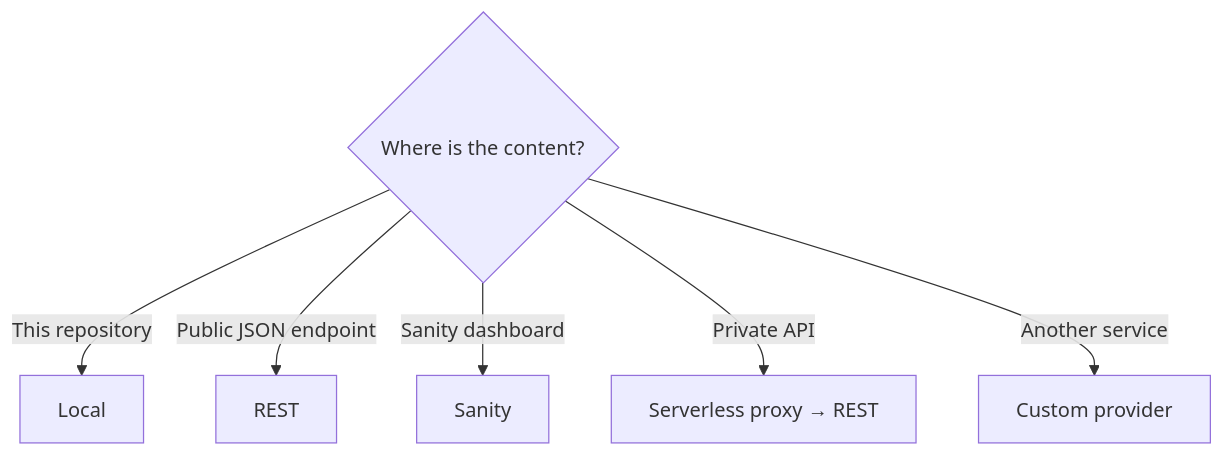
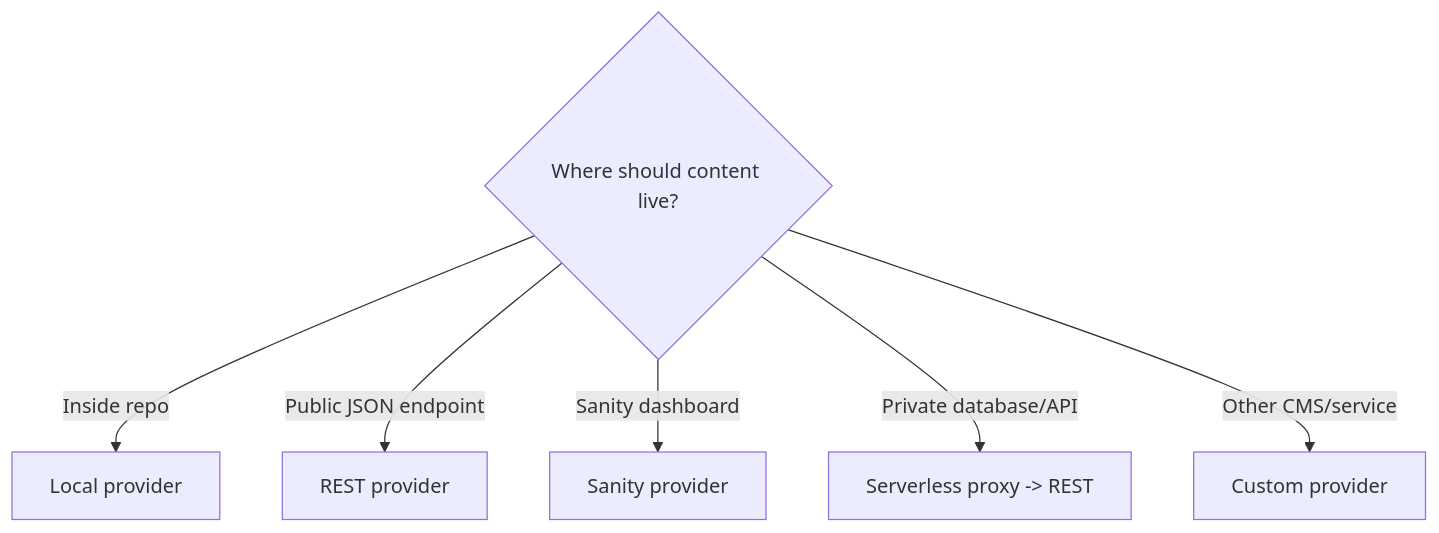
One commit to SidheshwarSarangal/portfoionew changed the first of 9 diagrams in docs/CONTENT_PROVIDERS.md. Above: the diagram before and after it, drawn with Mermaid. The commit also changed other lines of this file and 8 other files, not shown here.

````diff
--- a/docs/CONTENT_PROVIDERS.md
+++ b/docs/CONTENT_PROVIDERS.md
@@ -5,9 +5,9 @@
 ```mermaid
 flowchart TD
-  A{Where is the content?}
-  A -->|This repository| B[Local]
-  A -->|Public JSON endpoint| C[REST]
-  A -->|Sanity dashboard| D[Sanity]
-  A -->|Private API| E[Serverless proxy → REST]
-  A -->|Another service| F[Custom provider]
+  A{Where should content live?}
+  A -->|Inside repo| Local[Local provider]
+  A -->|Public JSON endpoint| REST[REST provider]
+  A -->|Sanity dashboard| Sanity[Sanity provider]
+  A -->|Private database/API| Proxy[Serverless proxy -> REST]
+  A -->|Other CMS/service| Custom[Custom provider]
 ```
````
